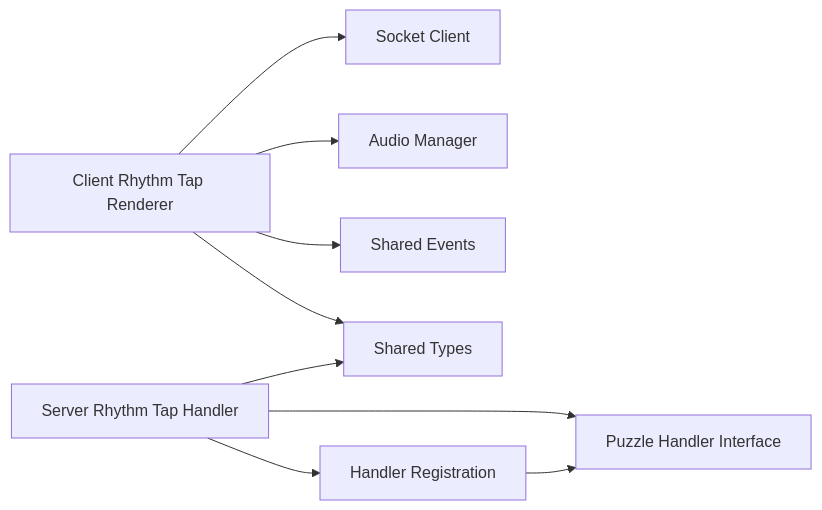
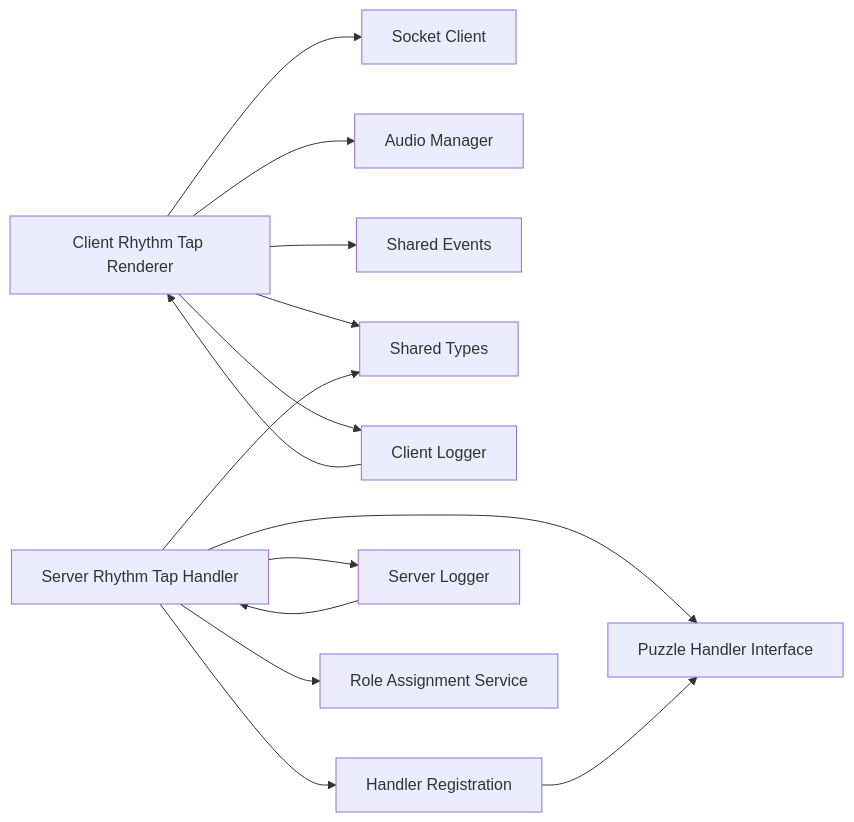
One commit to dkoukoul/escape-room-mvp changed the eighth of 8 diagrams in .qoder/repowiki/en/content/Puzzle System/Rhythm Tap Puzzle.md. Above: the diagram before and after it, drawn with Mermaid. The commit also changed other lines of this file and 21 other files, not shown here.

````diff
--- a/.qoder/repowiki/en/content/Puzzle System/Rhythm Tap Puzzle.md
+++ b/.qoder/repowiki/en/content/Puzzle System/Rhythm Tap Puzzle.md
@@ -318,11 +484,16 @@
 ```mermaid
 graph LR
 RT["Client Rhythm Tap Renderer"] --> SOCK["Socket Client"]
 RT --> AM["Audio Manager"]
 RT --> EV["Shared Events"]
 RT --> TY["Shared Types"]
+RT --> LOGC["Client Logger"]
 SRH["Server Rhythm Tap Handler"] --> IF["Puzzle Handler Interface"]
 SRH --> TY
 SRH --> REG["Handler Registration"]
+SRH --> LOGS["Server Logger"]
+SRH --> RA["Role Assignment Service"]
 REG --> IF
+LOGS --> SRH
+LOGC --> RT
 ```
````
